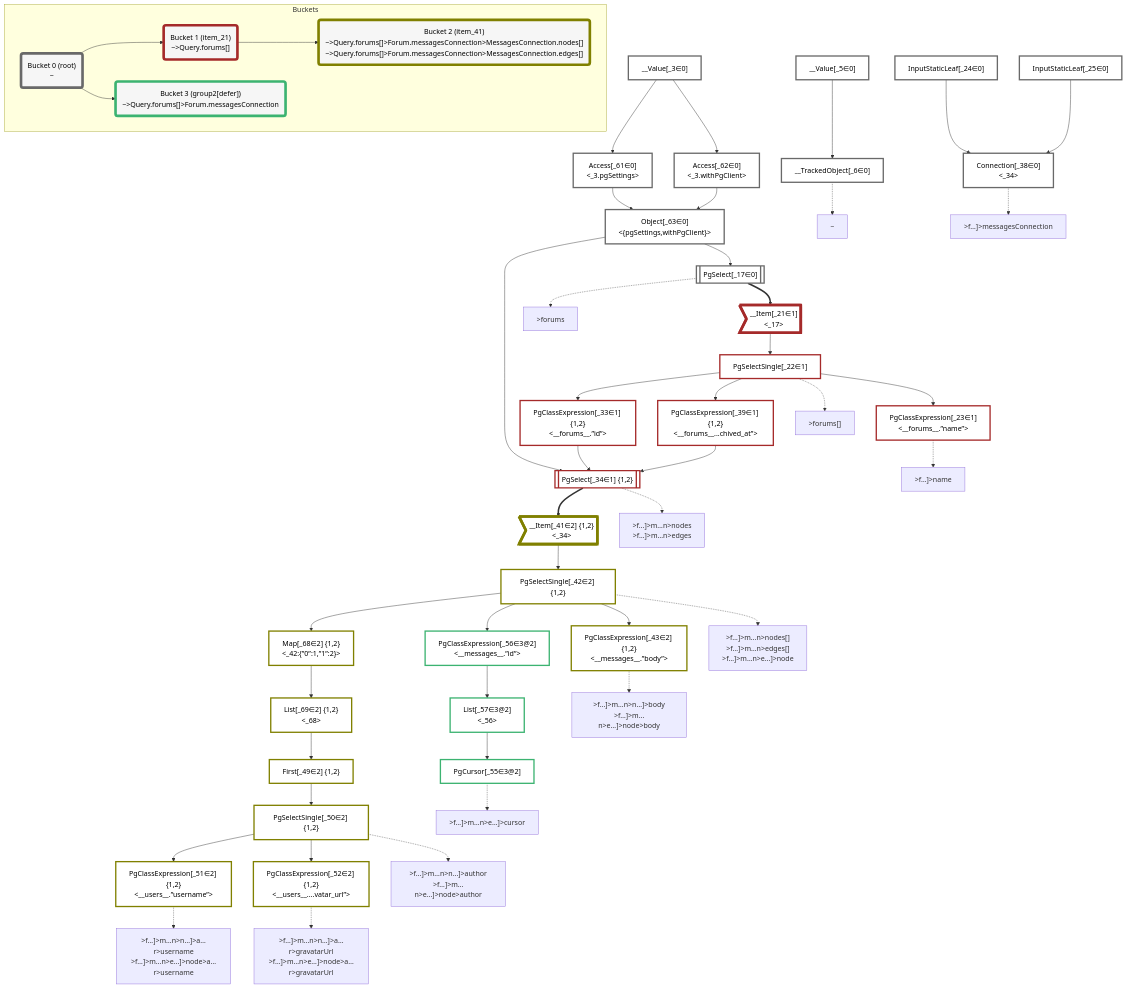
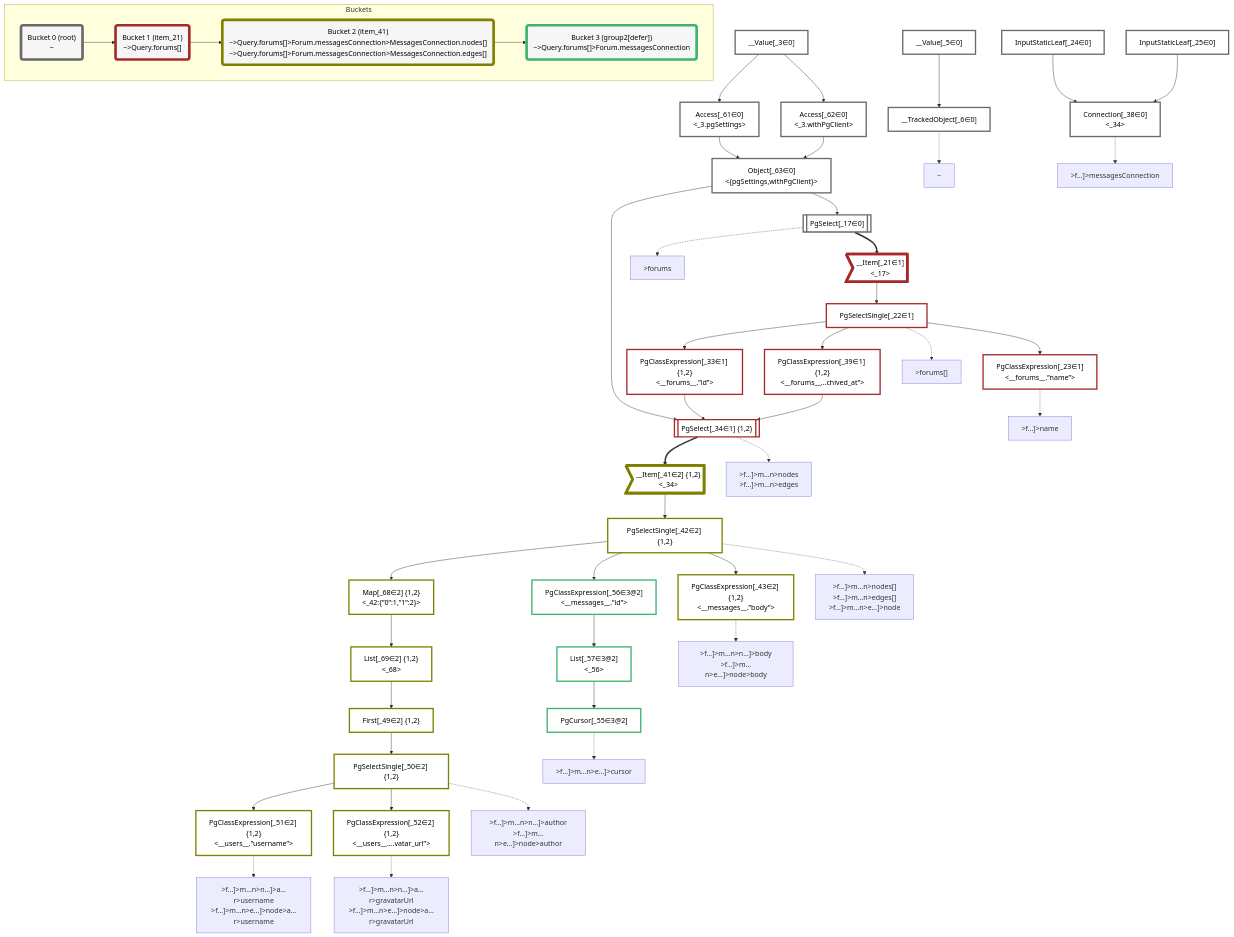
One commit to graphile/crystal changed the diagram in packages/dataplan-pg/__tests__/queries/conditions/archived-forum-inherited-messages.defer-3.mermaid.md. Above: the diagram before and after it, drawn with Mermaid. The commit also changed 13 other files, not shown here.

````diff
--- a/packages/dataplan-pg/__tests__/queries/conditions/archived-forum-inherited-messages.defer-3.mermaid.md
+++ b/packages/dataplan-pg/__tests__/queries/conditions/archived-forum-inherited-messages.defer-3.mermaid.md
@@ -114,6 +114,6 @@
     Bucket1 --> Bucket2
     Bucket3("Bucket 3 (group2[defer])<br />~>Query.forums[]>Forum.messagesConnection"):::bucket
     style Bucket3 stroke:#3cb371
-    Bucket0 --> Bucket3
+    Bucket2 --> Bucket3
     end
 ```
````
